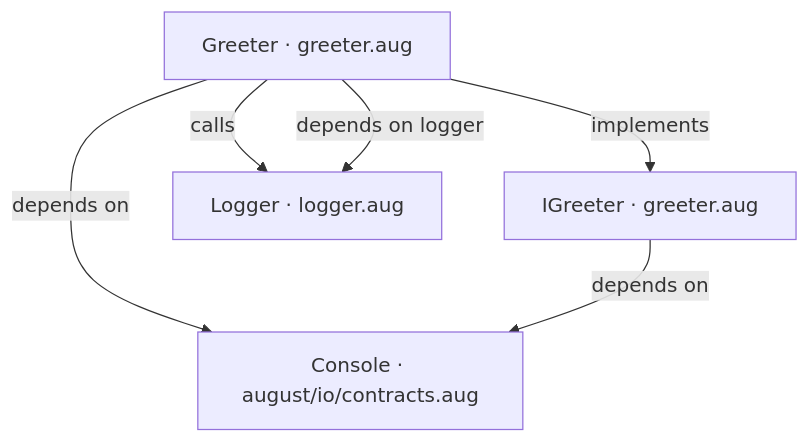
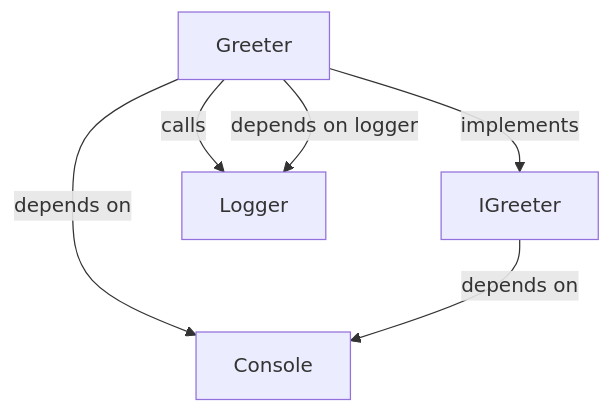
One commit to GreenPandaStudios/augscript changed the first of 3 diagrams in docs/examples/new-syntax/greeter-diagrams.md. Above: the diagram before and after it, drawn with Mermaid. The commit also changed other lines of this file and 524 other files, not shown here.

Commit message:
Explain checked data flow at folder and service levels

````diff
--- a/docs/examples/new-syntax/greeter-diagrams.md
+++ b/docs/examples/new-syntax/greeter-diagrams.md
@@ -19,12 +19,12 @@
 ```mermaid
 flowchart TD
-    n0["Console · august/io/contracts.aug"]
-    n1["Greeter · greeter.aug"]
-    n2["IGreeter · greeter.aug"]
-    n3["Logger · logger.aug"]
+    n0["Console"]
+    n1["Greeter"]
+    n2["IGreeter"]
+    n3["Logger"]
     n1 -->|"depends on"| n0
     n1 -->|"implements"| n2
     n1 -->|"calls"| n3
     n1 -->|"depends on logger"| n3
     n2 -->|"depends on"| n0
 ```
````
